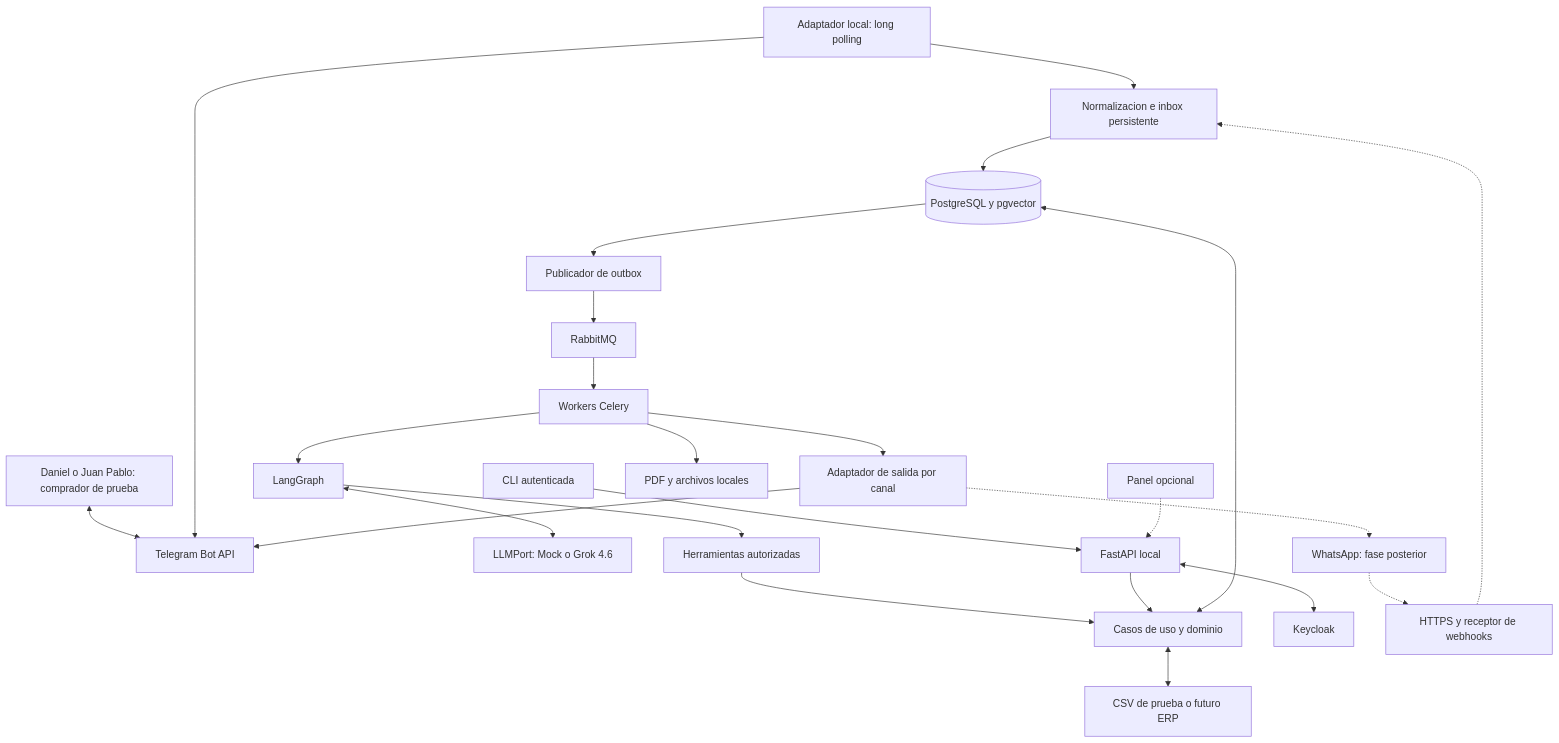
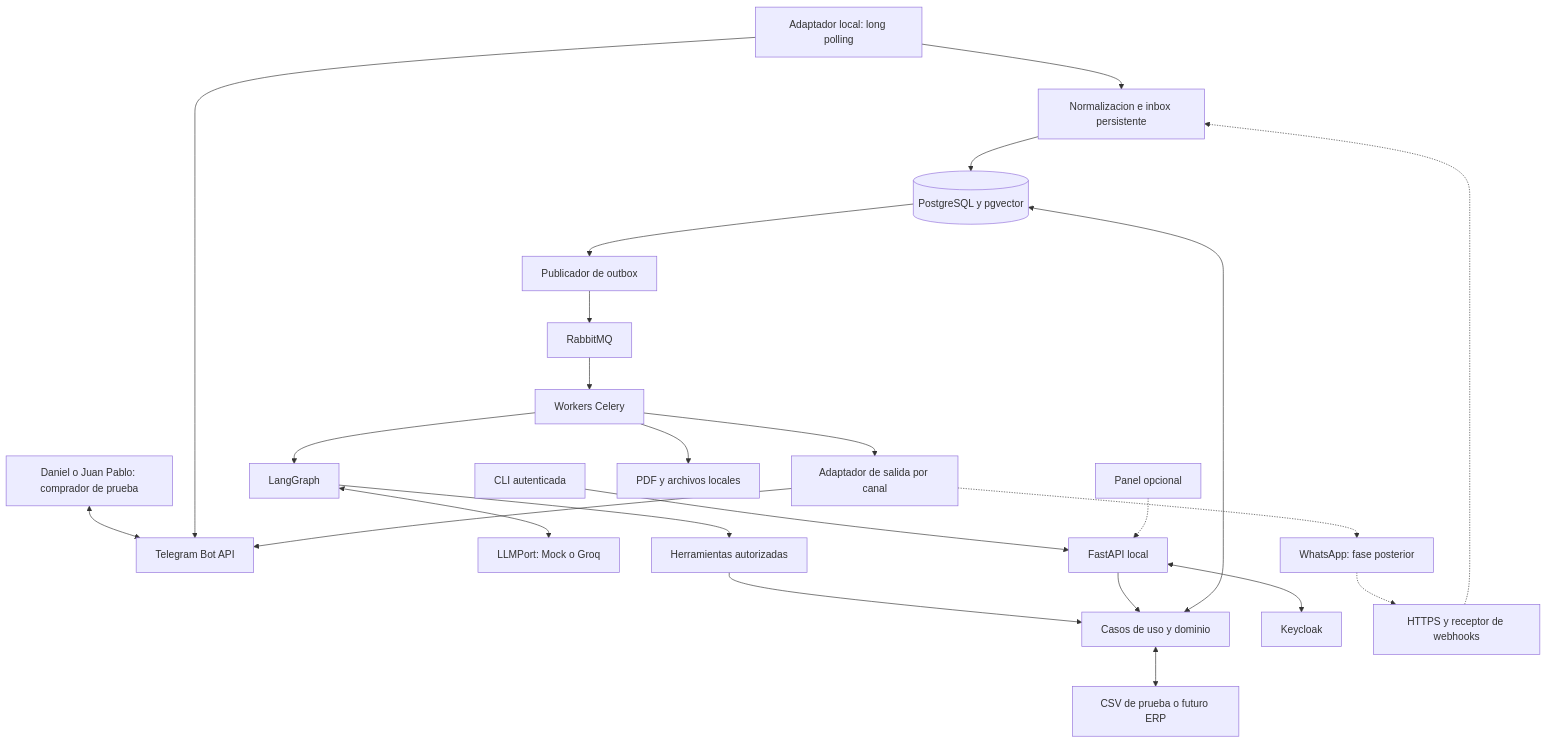
Before and after one commit to TuMinipeka/Xeon-agente-cotizaciones: the diagram in XeonContexto.md, drawn with Mermaid. The commit also changed other lines of this file and 59 other files, not shown here.

````diff
--- a/XeonContexto.md
+++ b/XeonContexto.md
@@ -139,26 +139,26 @@
 ```mermaid
 flowchart TD
     Persona[Daniel o Juan Pablo: comprador de prueba] <--> Telegram[Telegram Bot API]
     Poller[Adaptador local: long polling] --> Telegram
     Poller --> Inbox[Normalizacion e inbox persistente]
     Inbox --> DB[(PostgreSQL y pgvector)]
     DB --> Relay[Publicador de outbox]
     Relay --> Rabbit[RabbitMQ]
     Rabbit --> Worker[Workers Celery]
     Worker --> Grafo[LangGraph]
-    Grafo <--> LLM[LLMPort: Mock o Grok 4.6]
+    Grafo <--> LLM[LLMPort: Mock o Groq]
     Grafo --> Tools[Herramientas autorizadas]
     Tools --> Dominio[Casos de uso y dominio]
     Dominio <--> DB
     Dominio <--> Fuente[CSV de prueba o futuro ERP]
     Vendedor[CLI autenticada] --> API[FastAPI local]
     Panel[Panel opcional] -.-> API
     API --> Dominio
     API <--> Identidad[Keycloak]
     Worker --> PDF[PDF y archivos locales]
     Worker --> Envio[Adaptador de salida por canal]
     Envio --> Telegram
     WA[WhatsApp: fase posterior] -.-> Webhook[HTTPS y receptor de webhooks]
     Webhook -.-> Inbox
     Envio -.-> WA
 ```
````
